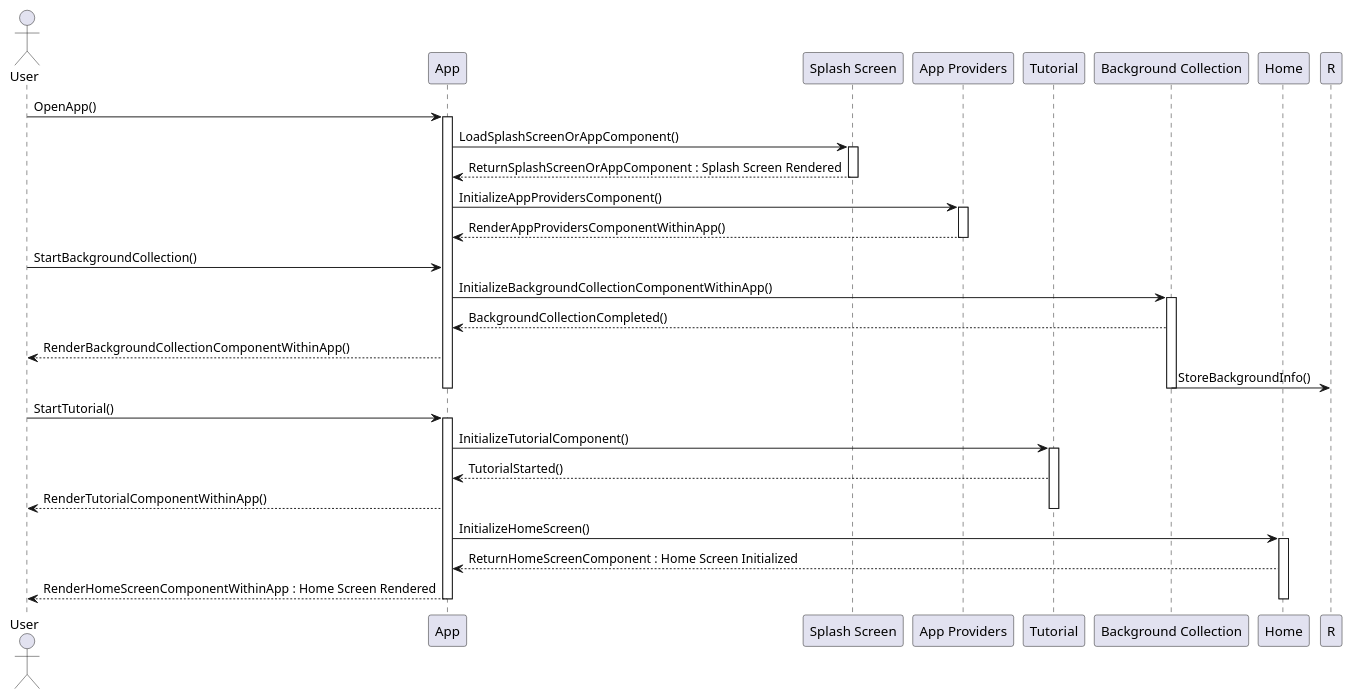
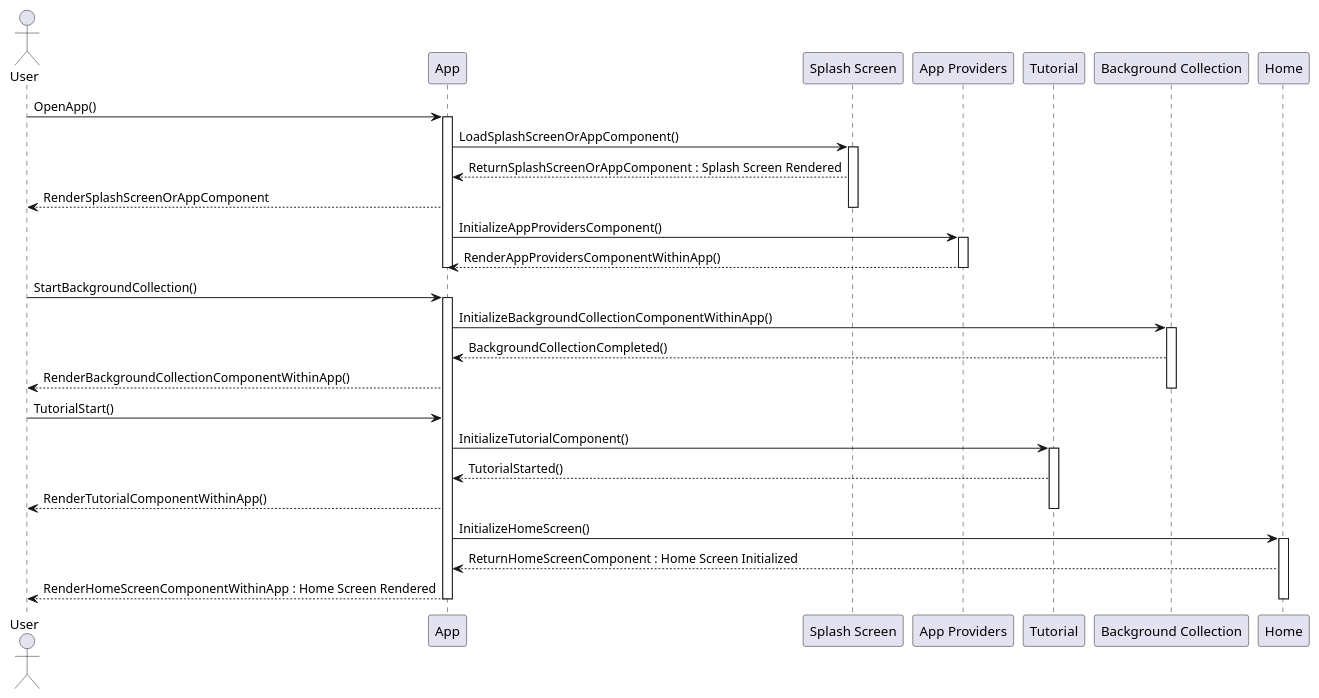
One commit to Windesheim-AI/UML-diagrams changed the diagram in tdd/startup-phase-sequence.puml. Above: the diagram before and after it, drawn with PlantUML.

Commit message:
feat: :sparkles: refined startup phase sequence model after feedback

```diff
--- a/tdd/startup-phase-sequence.puml
+++ b/tdd/startup-phase-sequence.puml
@@ -1,47 +1,45 @@
 @startuml SequenceStartUpPhase
 
 actor "User" as U
 participant "App" as A
 participant "Splash Screen" as C
 participant "App Providers" as B
 participant "Tutorial" as T
 participant "Background Collection" as BC
 participant "Home" as D
 
-
 U -> A: OpenApp()
 activate A
 A -> C: LoadSplashScreenOrAppComponent()
 activate C
 C --> A: ReturnSplashScreenOrAppComponent : Splash Screen Rendered 
+A --> U: RenderSplashScreenOrAppComponent 
 deactivate C
 A -> B: InitializeAppProvidersComponent()
 activate B
 B --> A: RenderAppProvidersComponentWithinApp()
 deactivate B
+deactivate A
 
 U -> A: StartBackgroundCollection()
+activate A
 A -> BC: InitializeBackgroundCollectionComponentWithinApp()
 activate BC
 BC --> A: BackgroundCollectionCompleted()
 A --> U: RenderBackgroundCollectionComponentWithinApp()
-BC -> R: StoreBackgroundInfo()
 deactivate BC
-deactivate A
-
-U -> A: StartTutorial()
-activate A
+U -> A: TutorialStart()
 A -> T: InitializeTutorialComponent()
 activate T
 T --> A: TutorialStarted()
 A --> U: RenderTutorialComponentWithinApp()
 deactivate T
 
 A -> D: InitializeHomeScreen()
 activate D
 D --> A: ReturnHomeScreenComponent : Home Screen Initialized
 A --> U: RenderHomeScreenComponentWithinApp : Home Screen Rendered
 deactivate D
 deactivate A
 
 @enduml
```
